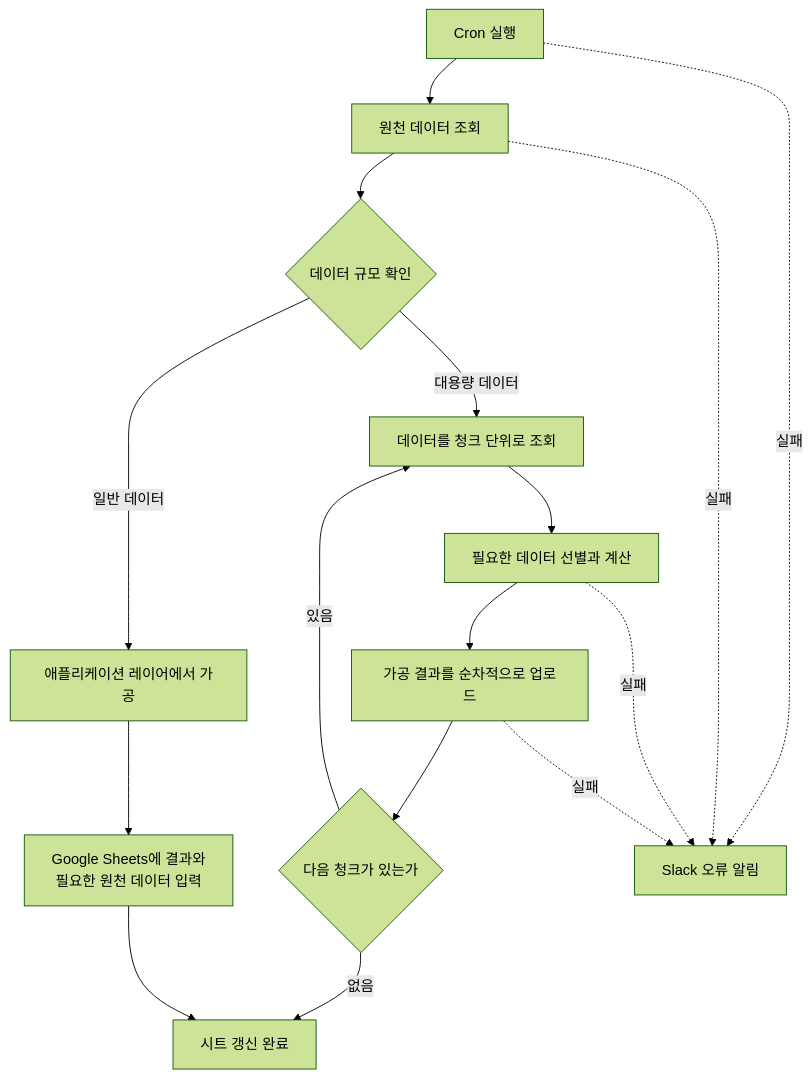
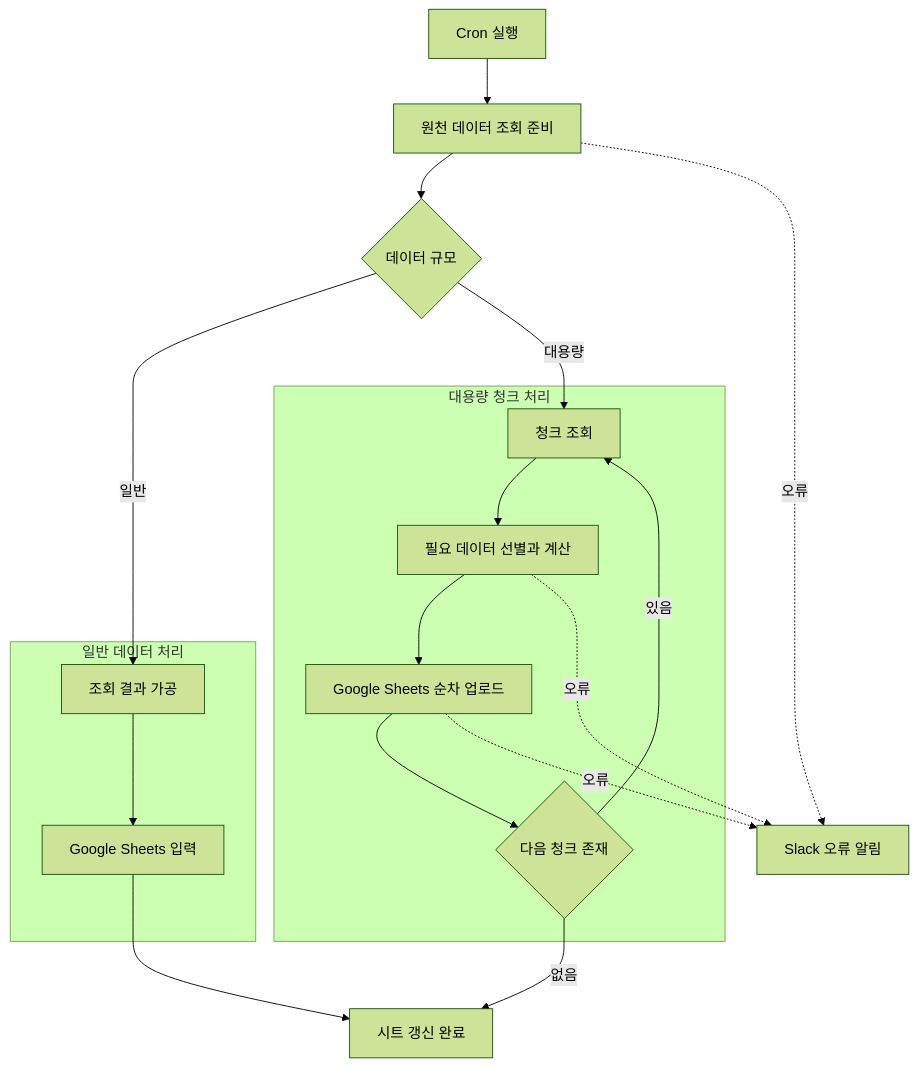
Before and after one commit to KimHG1995/work-history: the diagram in projects/public-education/google-sheets-automation.md, drawn with Mermaid (forest theme). The commit also changed other lines of this file, not shown here.

Commit message:
docs: clarify project flow diagrams without unsupported implementation claims

````diff
--- a/projects/public-education/google-sheets-automation.md
+++ b/projects/public-education/google-sheets-automation.md
@@ -62,18 +64,25 @@
 ```mermaid
-flowchart TD
-    schedule["Cron 실행"] --> source["원천 데이터 조회"]
-    source --> size{"데이터 규모 확인"}
-    size -->|일반 데이터| app["애플리케이션 레이어에서 가공"]
-    app --> sheet["Google Sheets에 결과와<br/>필요한 원천 데이터 입력"]
-    size -->|대용량 데이터| chunk["데이터를 청크 단위로 조회"]
-    chunk --> calc["필요한 데이터 선별과 계산"]
-    calc --> upload["가공 결과를 순차적으로 업로드"]
-    upload --> more{"다음 청크가 있는가"}
-    more -->|있음| chunk
+flowchart TB
+    schedule["Cron 실행"] --> source["원천 데이터 조회 준비"]
+    source --> size{"데이터 규모"}
+
+    subgraph normal["일반 데이터 처리"]
+        app["조회 결과 가공"] --> sheet["Google Sheets 입력"]
+    end
+
+    subgraph large["대용량 청크 처리"]
+        chunk["청크 조회"] --> calc["필요 데이터 선별과 계산"]
+        calc --> upload["Google Sheets 순차 업로드"]
+        upload --> more{"다음 청크 존재"}
+        more -->|있음| chunk
+    end
+
+    size -->|일반| app
+    size -->|대용량| chunk
     more -->|없음| done["시트 갱신 완료"]
     sheet --> done
-    schedule -.->|실패| slack["Slack 오류 알림"]
-    source -.->|실패| slack
-    calc -.->|실패| slack
-    upload -.->|실패| slack
+
+    source -.->|오류| slack["Slack 오류 알림"]
+    calc -.->|오류| slack
+    upload -.->|오류| slack
 ```
````
